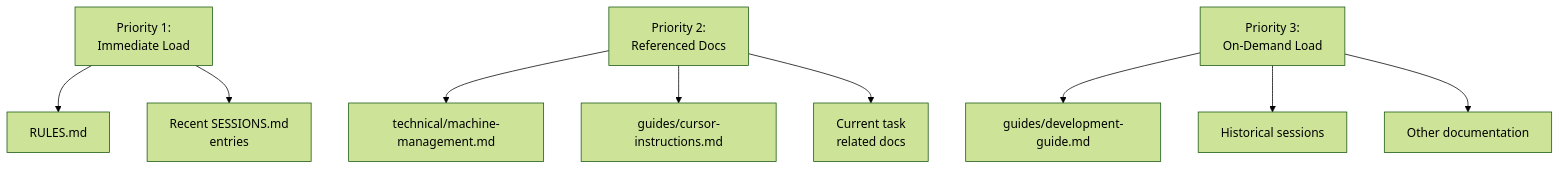
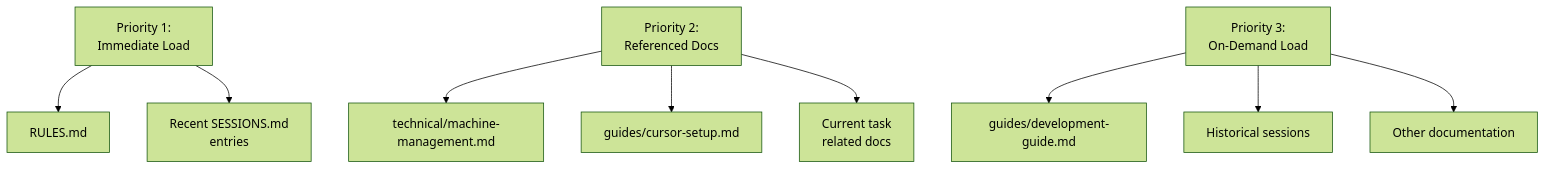
Before and after one commit to ronanchris/interactive-node-network: the third of 3 diagrams in docs/guides/coach-michael-stolarz-guide.md, drawn with Mermaid (forest theme). The commit also changed other lines of this file and 38 other files, not shown here.

````diff
--- a/docs/guides/coach-michael-stolarz-guide.md
+++ b/docs/guides/coach-michael-stolarz-guide.md
@@ -236,17 +238,17 @@
 ```mermaid
 graph TD
     %% Priority Levels
     P1[Priority 1:<br>Immediate Load] --> RULES[RULES.md]
     P1 --> SESSIONS[Recent SESSIONS.md<br>entries]
     
     P2[Priority 2:<br>Referenced Docs] --> MACHINE[technical/machine-management.md]
-    P2 --> CURSOR[guides/cursor-instructions.md]
+    P2 --> CURSOR[guides/cursor-setup.md]
     P2 --> CURRENT[Current task<br>related docs]
     
     P3[Priority 3:<br>On-Demand Load] --> DEV_GUIDE[guides/development-guide.md]
     P3 --> HISTORY[Historical sessions]
     P3 --> OTHER[Other documentation]
     
     %% Styling
     classDef p1 fill:#e1f5fe,stroke:#01579b,stroke-width:2px;
 ```
````
